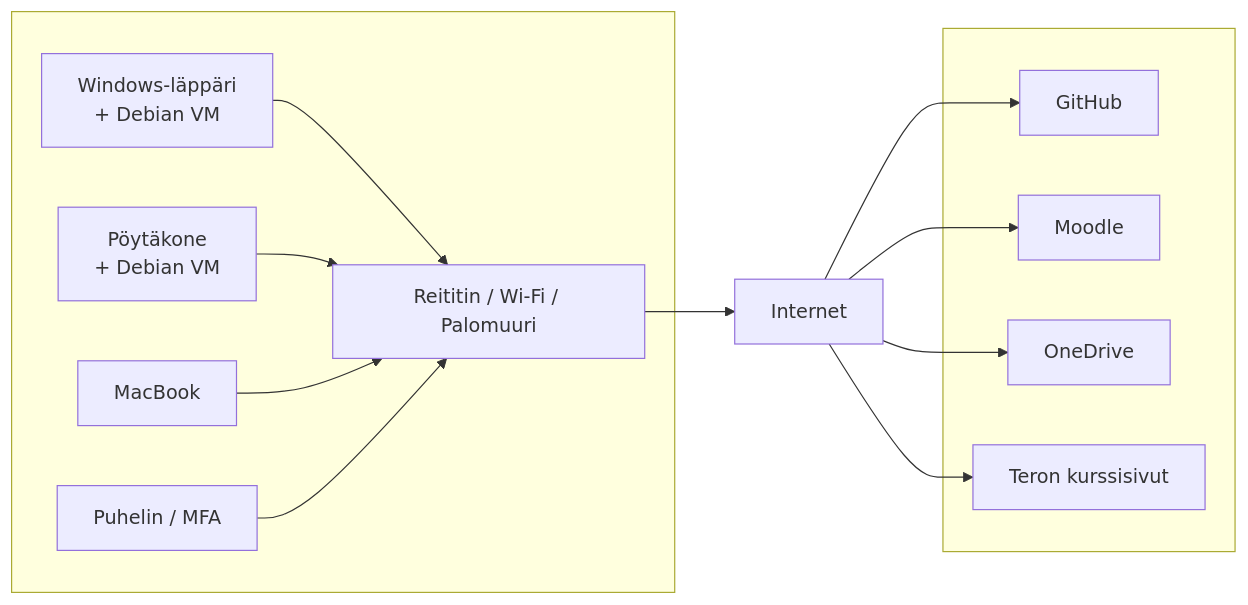
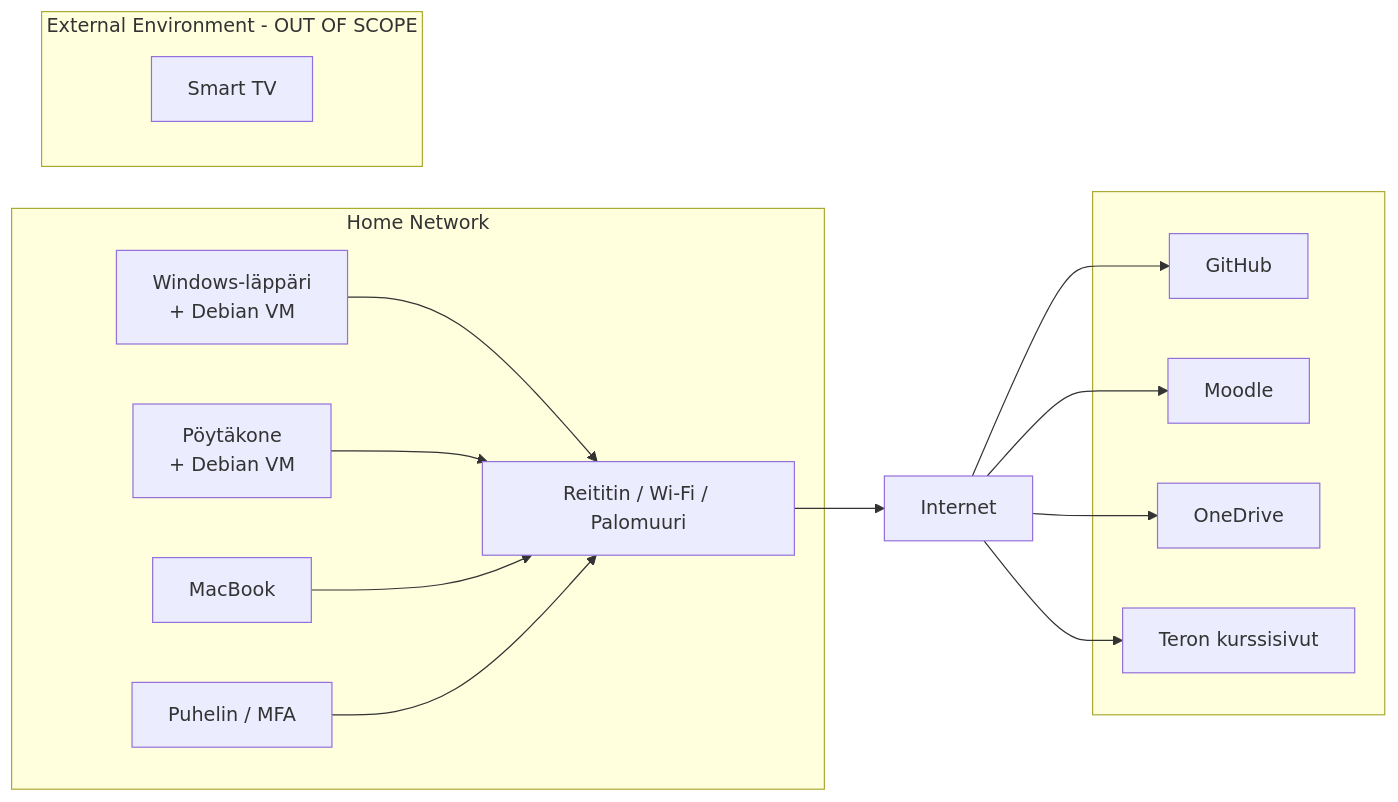
The diagram in h1.md (Ralchuu/sovellustenhakkerointi), drawn with Mermaid before and after one commit.

````diff
--- a/h1.md
+++ b/h1.md
@@ -89,29 +89,33 @@
 ```mermaid
 flowchart LR
-    subgraph IN[" "]
+    subgraph IN["Home Network"]
         Laptop["Windows-läppäri<br/>+ Debian VM"]
         Desktop["Pöytäkone<br/>+ Debian VM"]
         Mac["MacBook"]
         Phone["Puhelin / MFA"]
         Router["Reititin / Wi-Fi / Palomuuri"]
 
         Laptop --> Router
         Desktop --> Router
         Mac --> Router
         Phone --> Router
     end
 
     Router --> Internet["Internet"]
 
     subgraph OUT[" "]
         GitHub["GitHub"]
         Moodle["Moodle"]
         OneDrive["OneDrive"]
         Tero["Teron kurssisivut"]
     end
 
     Internet --> GitHub
     Internet --> Moodle
     Internet --> OneDrive
     Internet --> Tero
+
+    subgraph EXT["External Environment - OUT OF SCOPE"]
+        SmartTV["Smart TV"]
+    end
 ```
````
